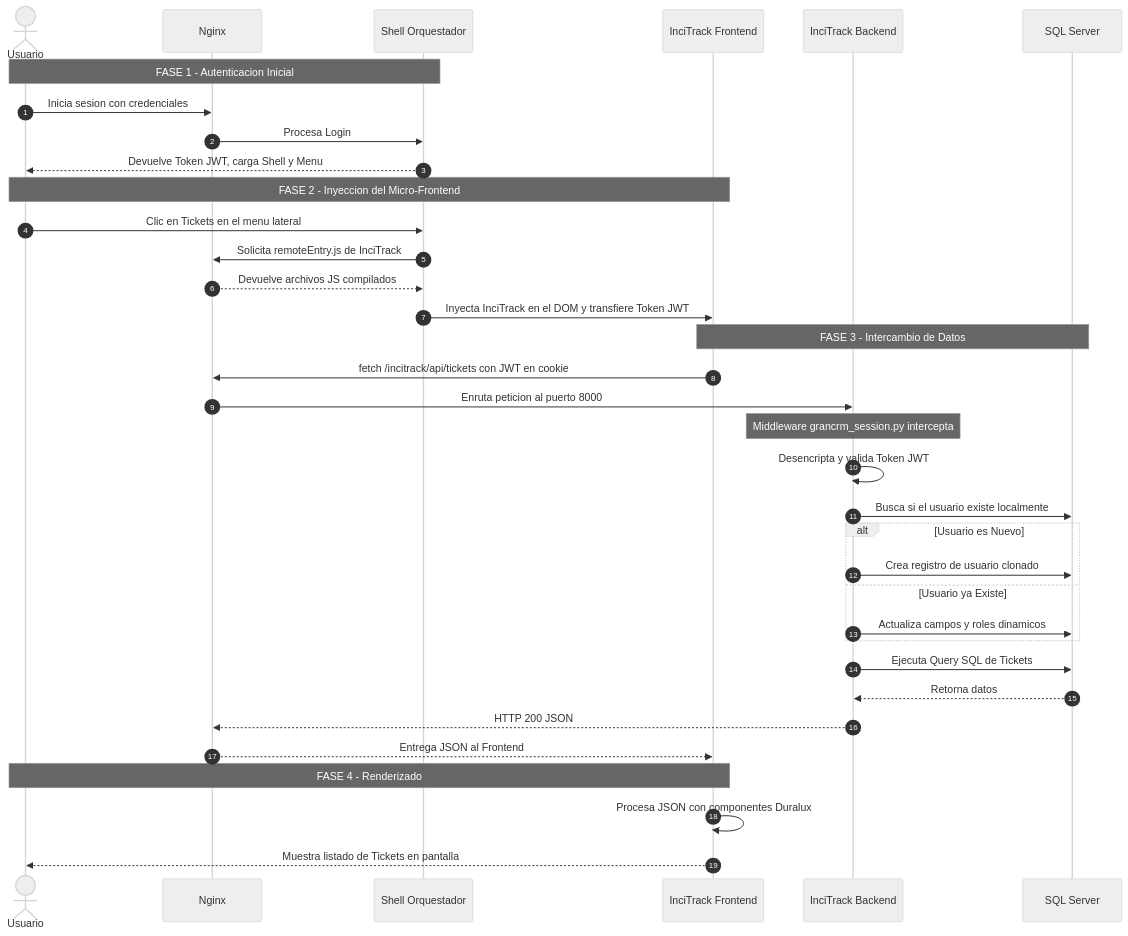
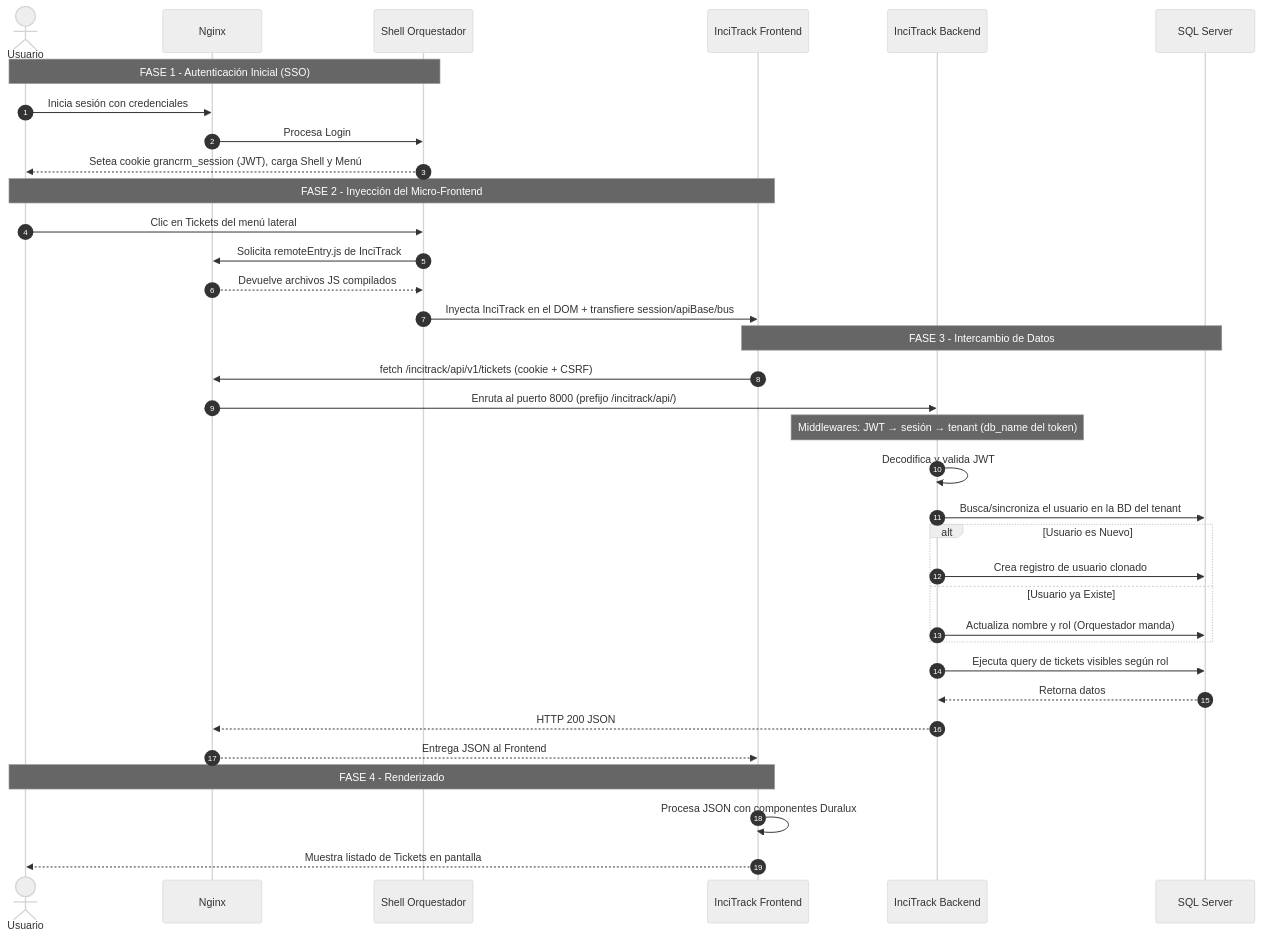
One commit to mauriciojilabert-svg/GranCrmEcosystem changed the fourth of 6 diagrams in arquitectura_incitrack.md. Above: the diagram before and after it, drawn with Mermaid (neutral theme). The commit also changed other lines of this file and 5 other files, not shown here.

````diff
--- a/arquitectura_incitrack.md
+++ b/arquitectura_incitrack.md
@@ -118,41 +262,41 @@
 ```mermaid
 sequenceDiagram
     autonumber
     actor U as Usuario
     participant N as Nginx
     participant O as Shell Orquestador
     participant F as InciTrack Frontend
     participant B as InciTrack Backend
     participant DB as SQL Server
 
-    Note over U,O: FASE 1 - Autenticacion Inicial
-    U->>N: Inicia sesion con credenciales
+    Note over U,O: FASE 1 - Autenticación Inicial (SSO)
+    U->>N: Inicia sesión con credenciales
     N->>O: Procesa Login
-    O-->>U: Devuelve Token JWT, carga Shell y Menu
+    O-->>U: Setea cookie grancrm_session (JWT), carga Shell y Menú
 
-    Note over U,F: FASE 2 - Inyeccion del Micro-Frontend
-    U->>O: Clic en Tickets en el menu lateral
+    Note over U,F: FASE 2 - Inyección del Micro-Frontend
+    U->>O: Clic en Tickets del menú lateral
     O->>N: Solicita remoteEntry.js de InciTrack
     N-->>O: Devuelve archivos JS compilados
-    O->>F: Inyecta InciTrack en el DOM y transfiere Token JWT
+    O->>F: Inyecta InciTrack en el DOM + transfiere session/apiBase/bus
 
     Note over F,DB: FASE 3 - Intercambio de Datos
-    F->>N: fetch /incitrack/api/tickets con JWT en cookie
-    N->>B: Enruta peticion al puerto 8000
-    Note over B: Middleware grancrm_session.py intercepta
-    B->>B: Desencripta y valida Token JWT
-    B->>DB: Busca si el usuario existe localmente
+    F->>N: fetch /incitrack/api/v1/tickets (cookie + CSRF)
+    N->>B: Enruta al puerto 8000 (prefijo /incitrack/api/)
+    Note over B: Middlewares: JWT → sesión → tenant (db_name del token)
+    B->>B: Decodifica y valida JWT
+    B->>DB: Busca/sincroniza el usuario en la BD del tenant
     alt Usuario es Nuevo
         B->>DB: Crea registro de usuario clonado
     else Usuario ya Existe
-        B->>DB: Actualiza campos y roles dinamicos
+        B->>DB: Actualiza nombre y rol (Orquestador manda)
     end
-    B->>DB: Ejecuta Query SQL de Tickets
+    B->>DB: Ejecuta query de tickets visibles según rol
     DB-->>B: Retorna datos
     B-->>N: HTTP 200 JSON
     N-->>F: Entrega JSON al Frontend
 
     Note over U,F: FASE 4 - Renderizado
     F->>F: Procesa JSON con componentes Duralux
     F-->>U: Muestra listado de Tickets en pantalla
 ```
````
